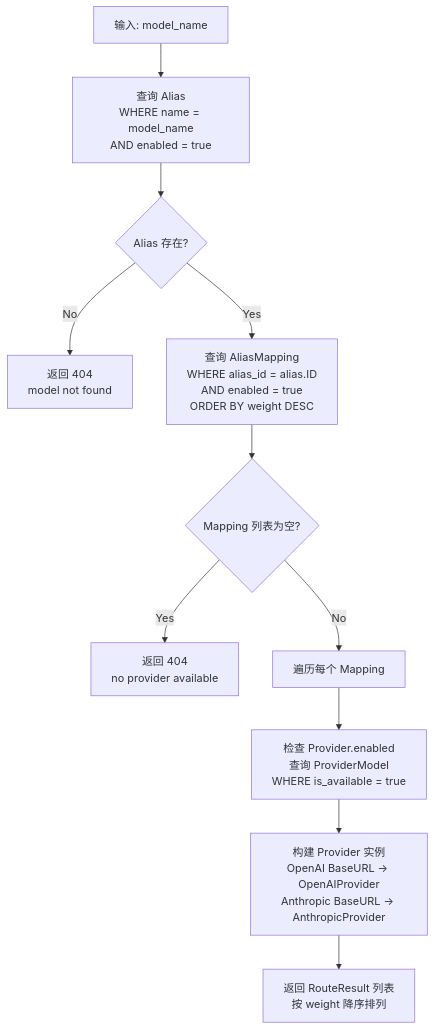
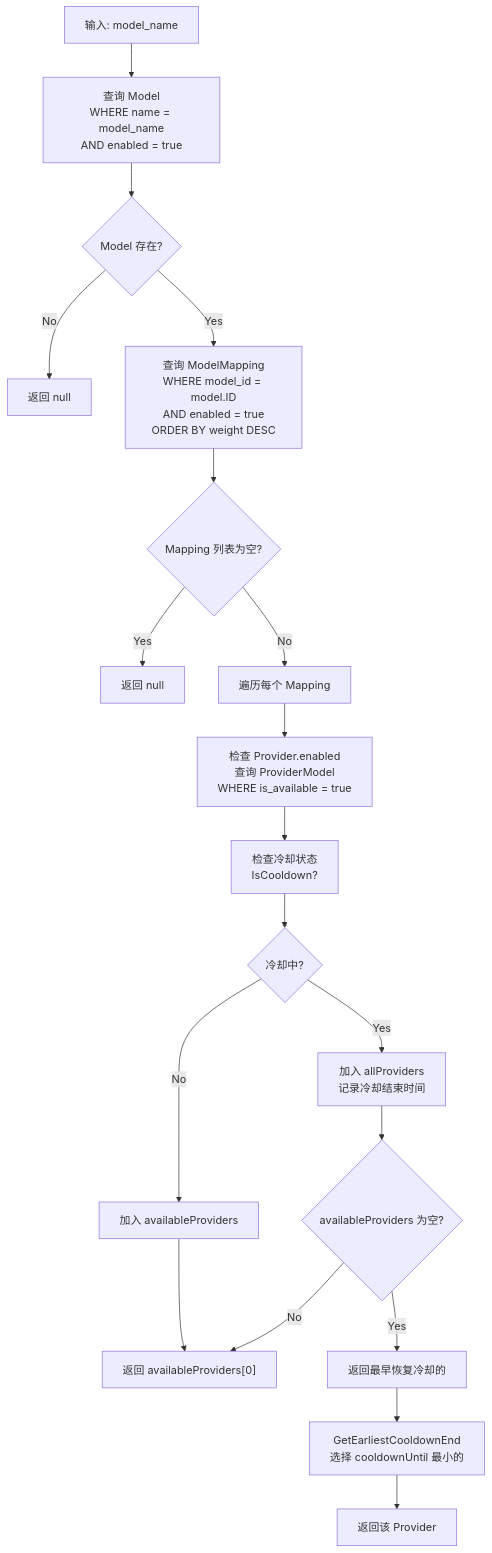
Before and after one commit to lx0758/AI-Gateway: the second of 3 diagrams in README.md, drawn with Mermaid. The commit also changed other lines of this file and 15 other files, not shown here.

````diff
--- a/README.md
+++ b/README.md
@@ -79,20 +79,33 @@
 ```mermaid
 flowchart TD
-    A["输入: model_name"] --> B["查询 Alias<br/>WHERE name = model_name<br/>AND enabled = true"]
+    A["输入: model_name"] --> B["查询 Model<br/>WHERE name = model_name<br/>AND enabled = true"]
 
-    B --> C{"Alias 存在?"}
+    B --> C{"Model 存在?"}
 
-    C -->|"No"| D["返回 404<br/>model not found"]
-    C -->|"Yes"| E["查询 AliasMapping<br/>WHERE alias_id = alias.ID<br/>AND enabled = true<br/>ORDER BY weight DESC"]
+    C -->|"No"| D["返回 null"]
+    C -->|"Yes"| E["查询 ModelMapping<br/>WHERE model_id = model.ID<br/>AND enabled = true<br/>ORDER BY weight DESC"]
 
     E --> F{"Mapping 列表为空?"}
 
-    F -->|"Yes"| G["返回 404<br/>no provider available"]
+    F -->|"Yes"| G["返回 null"]
     F -->|"No"| H["遍历每个 Mapping"]
 
     H --> I["检查 Provider.enabled<br/>查询 ProviderModel<br/>WHERE is_available = true"]
 
-    I --> J["构建 Provider 实例<br/>OpenAI BaseURL → OpenAIProvider<br/>Anthropic BaseURL → AnthropicProvider"]
+    I --> J["检查冷却状态<br/>IsCooldown?"]
 
-    J --> K["返回 RouteResult 列表<br/>按 weight 降序排列"]
+    J --> K{"冷却中?"}
+
+    K -->|"Yes"| L["加入 allProviders<br/>记录冷却结束时间"]
+    K -->|"No"| M["加入 availableProviders"]
+
+    L --> N{"availableProviders 为空?"}
+    M --> O["返回 availableProviders[0]"]
+
+    N -->|"Yes"| P["返回最早恢复冷却的"]
+    N -->|"No"| O
+
+    P --> Q["GetEarliestCooldownEnd<br/>选择 cooldownUntil 最小的"]
+
+    Q --> R["返回该 Provider"]
 ```
````
